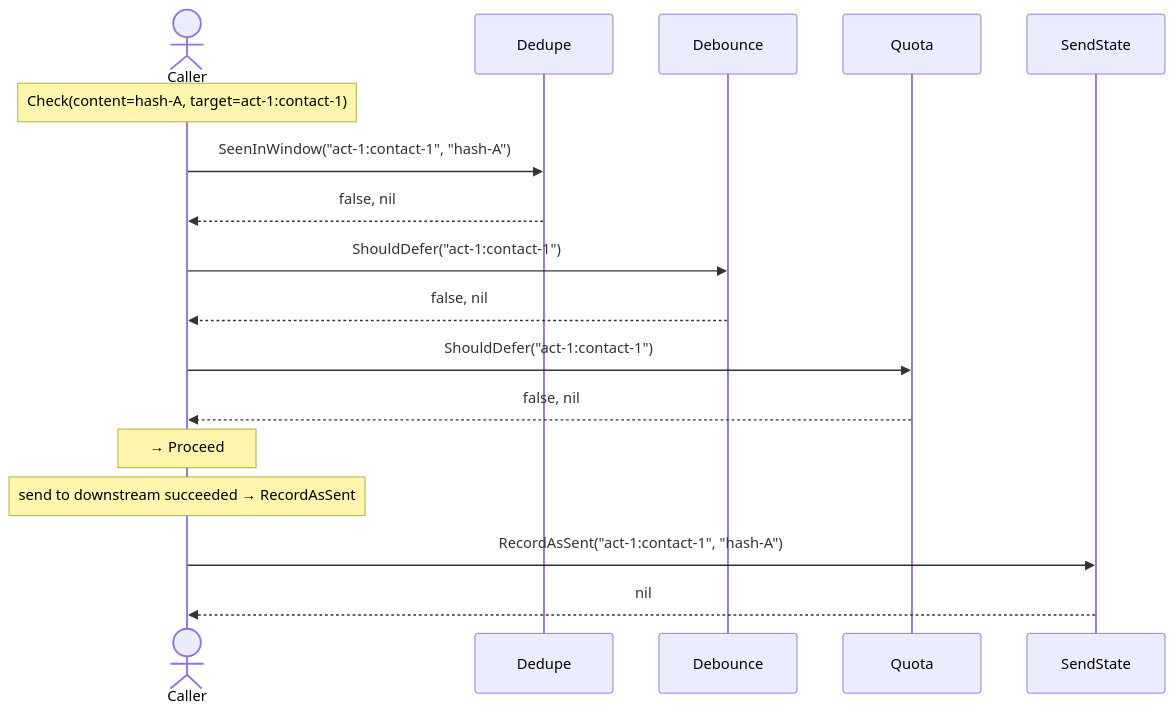
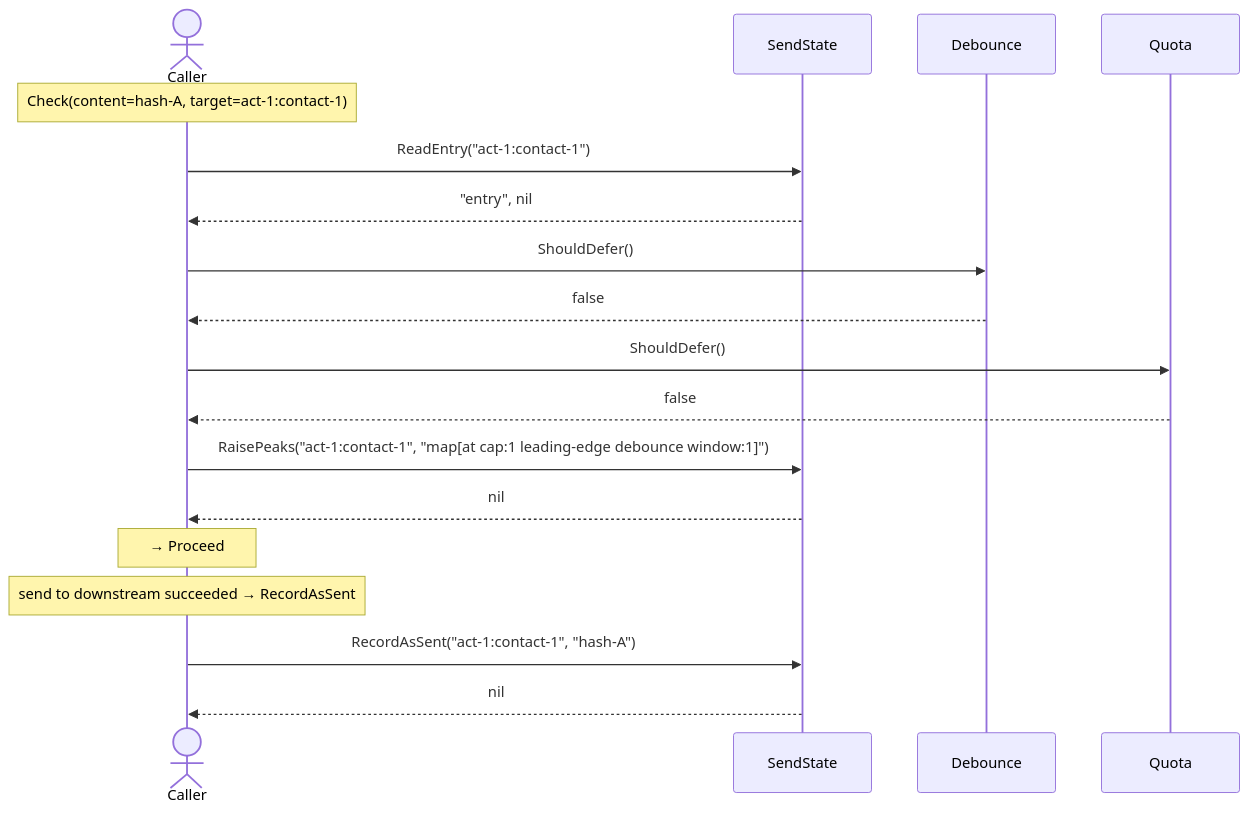
Before and after one commit to homemade/pith: the first of 5 diagrams in protect/sequence_test.md, drawn with Mermaid. The commit also changed other lines of this file and 13 other files, not shown here.

````diff
--- a/protect/sequence_test.md
+++ b/protect/sequence_test.md
@@ -7,20 +7,21 @@
 ```mermaid
 sequenceDiagram
     actor C as Caller
-    participant Dedupe
+    participant SendState
     participant Debounce
     participant Quota
-    participant SendState
 
     Note over C: Check(content=hash-A, target=act-1:contact-1)
-    C->>Dedupe: SeenInWindow("act-1:contact-1", "hash-A")
-    Dedupe-->>C: false, nil
-    C->>Debounce: ShouldDefer("act-1:contact-1")
-    Debounce-->>C: false, nil
-    C->>Quota: ShouldDefer("act-1:contact-1")
-    Quota-->>C: false, nil
+    C->>SendState: ReadEntry("act-1:contact-1")
+    SendState-->>C: "entry", nil
+    C->>Debounce: ShouldDefer()
+    Debounce-->>C: false
+    C->>Quota: ShouldDefer()
+    Quota-->>C: false
+    C->>SendState: RaisePeaks("act-1:contact-1", "map[at cap:1 leading-edge debounce window:1]")
+    SendState-->>C: nil
     Note over C: → Proceed
     Note over C: send to downstream succeeded → RecordAsSent
     C->>SendState: RecordAsSent("act-1:contact-1", "hash-A")
     SendState-->>C: nil
 ```
````
